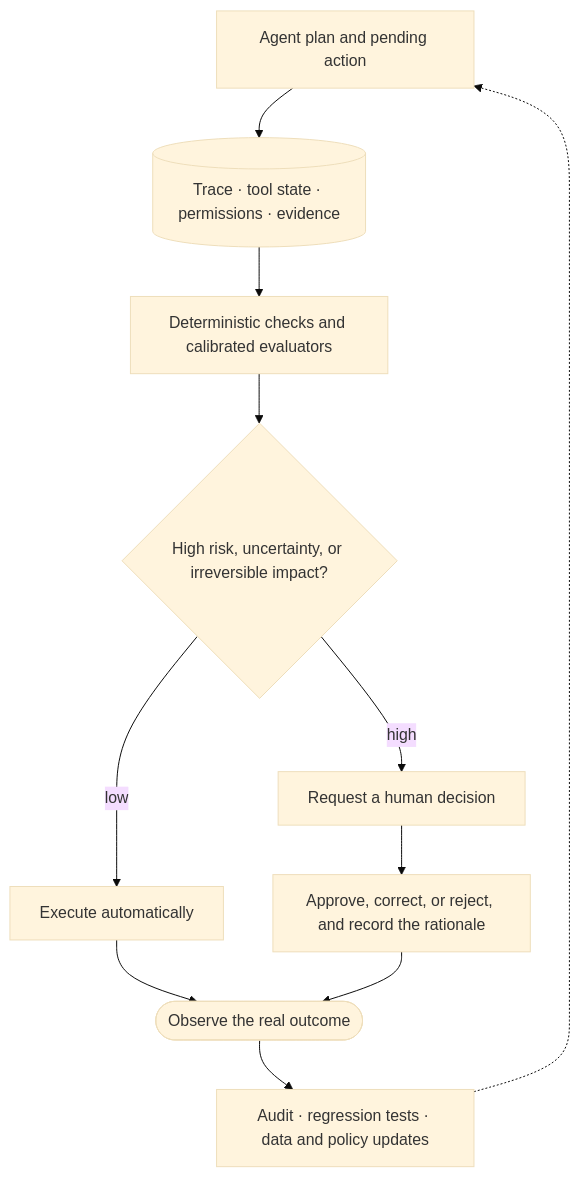
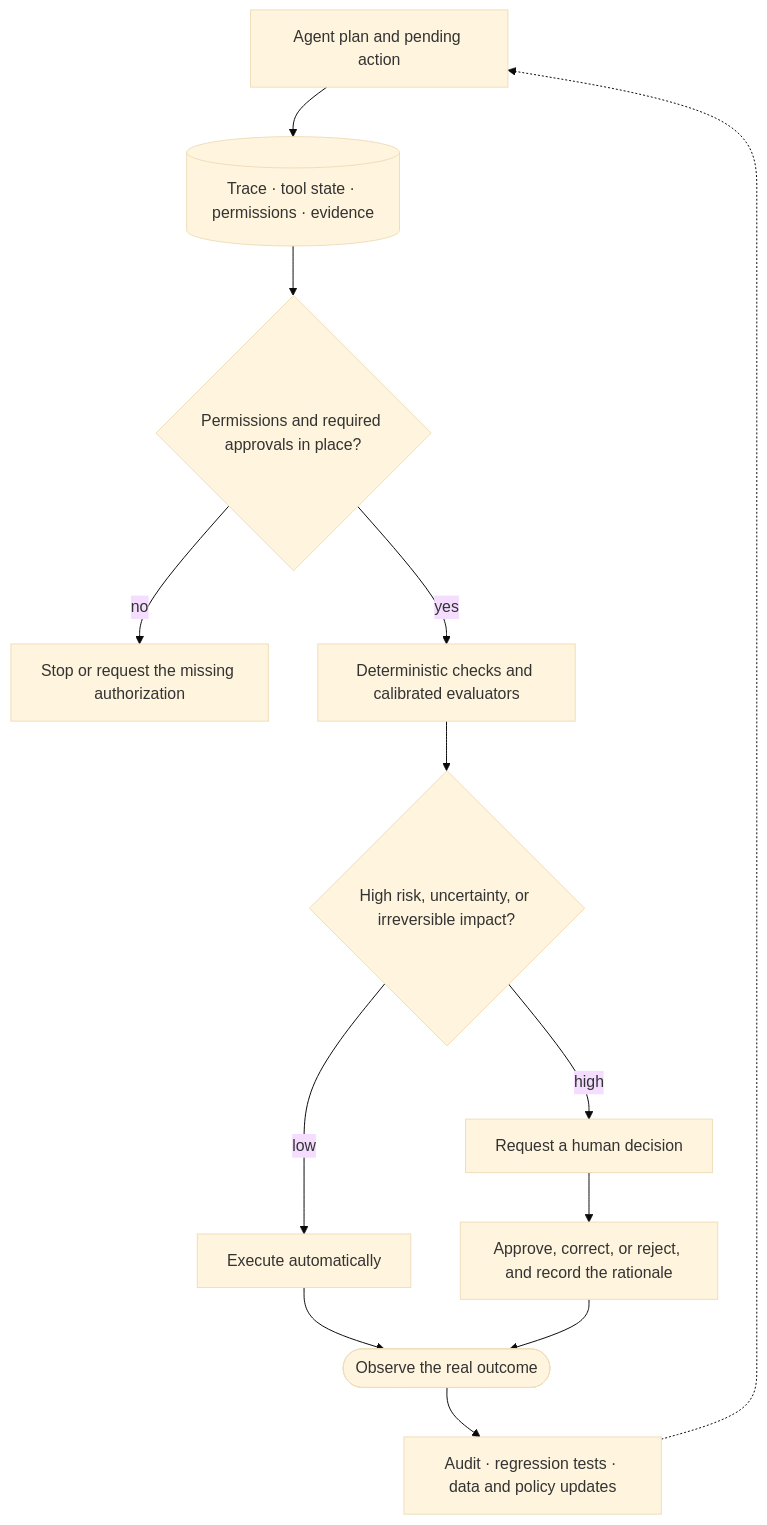
The second of 2 diagrams in 06-systems/README.en.md (tianyi-zhang-02/cooking-agi), drawn with Mermaid (base theme) before and after one commit. The commit also changed other lines of this file and 457 other files, not shown here.

````diff
--- a/06-systems/README.en.md
+++ b/06-systems/README.en.md
@@ -203,13 +175,15 @@
 ```mermaid
 flowchart TB
     A["Agent plan and pending action"] --> B[("Trace · tool state · permissions · evidence")]
-    B --> C["Deterministic checks and calibrated evaluators"]
+    B --> P{"Permissions and required approvals in place?"}
+    P -- "no" --> stop["Stop or request the missing authorization"]
+    P -- "yes" --> C["Deterministic checks and calibrated evaluators"]
     C --> D{"High risk, uncertainty, or irreversible impact?"}
     D -- "low" --> E["Execute automatically"]
     D -- "high" --> F["Request a human decision"]
     F --> G["Approve, correct, or reject, and record the rationale"]
     E --> H(["Observe the real outcome"])
     G --> H
     H --> I["Audit · regression tests · data and policy updates"]
     I -.-> A
 ```
````
